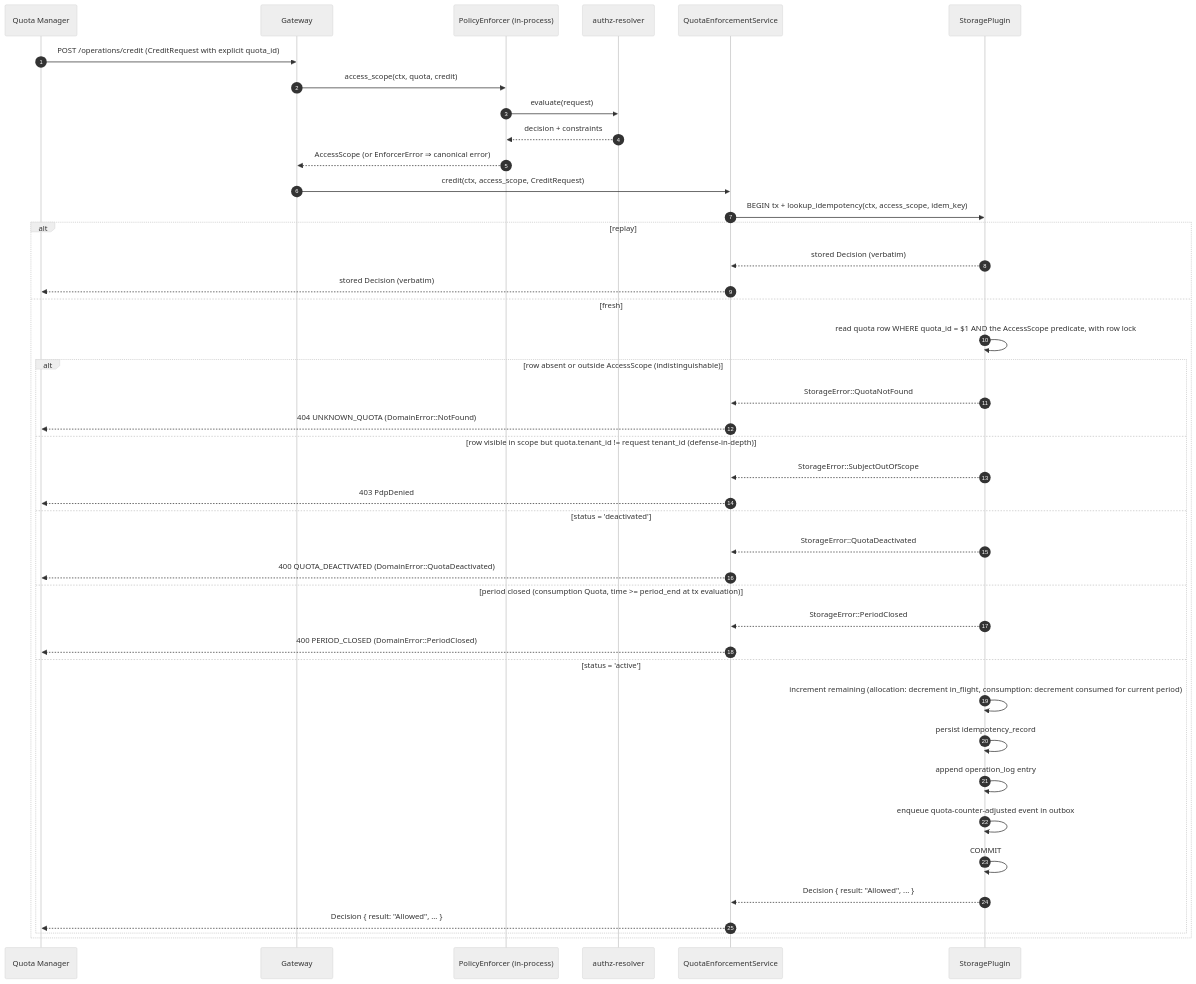
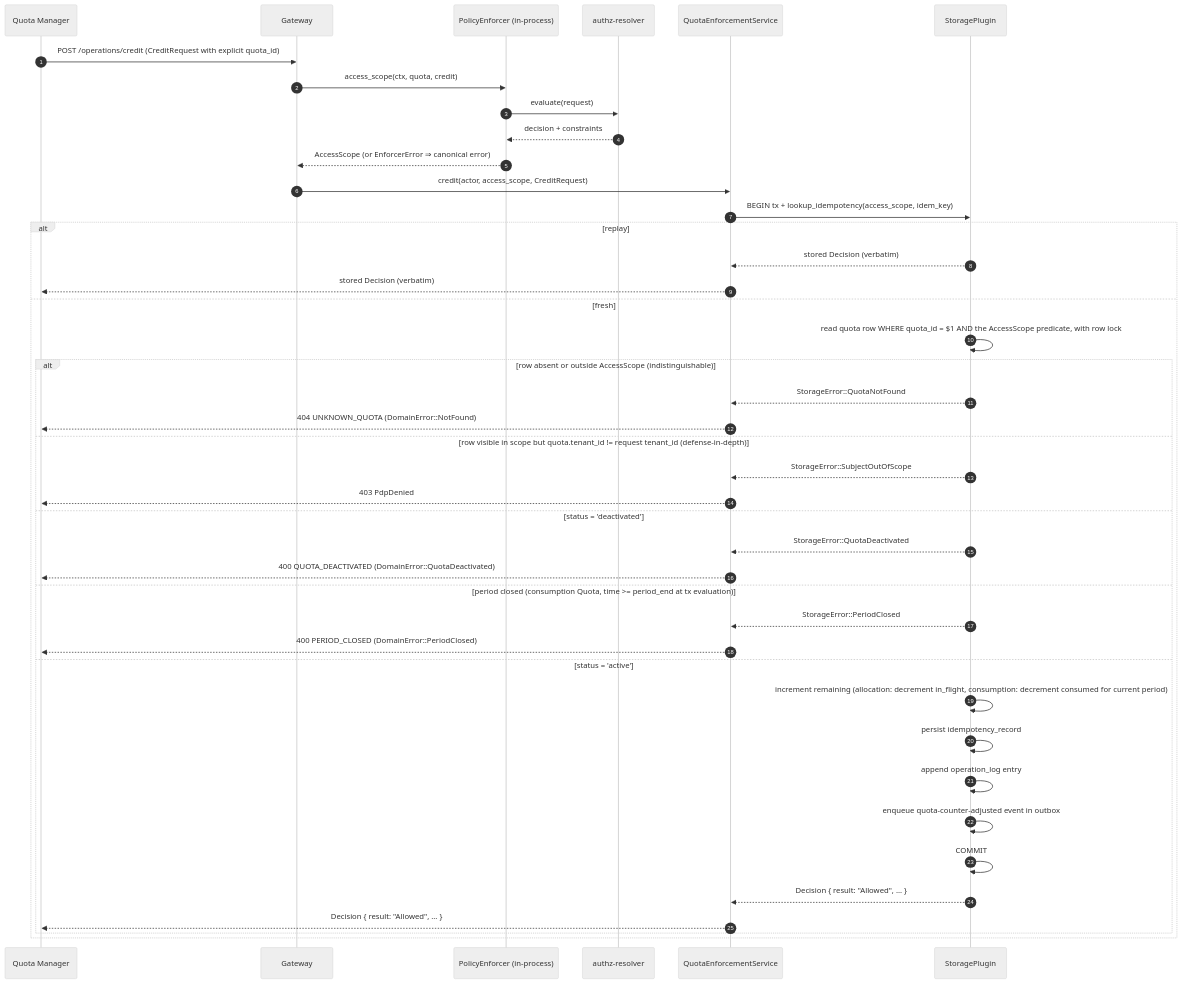
One commit to constructorfabric/gears-rust changed the fifth of 18 diagrams in gears/system/quota-enforcement/docs/DESIGN.md. Above: the diagram before and after it, drawn with Mermaid (neutral theme). The commit also changed other lines of this file and 48 other files, not shown here.

````diff
--- a/gears/system/quota-enforcement/docs/DESIGN.md
+++ b/gears/system/quota-enforcement/docs/DESIGN.md
@@ -1578,45 +1735,45 @@
 ```mermaid
 sequenceDiagram
     autonumber
     participant QM as Quota Manager
     participant GW as Gateway
     participant PEP as PolicyEnforcer (in-process)
     participant PDP as authz-resolver
     participant QES as QuotaEnforcementService
     participant SP as StoragePlugin
 
     QM ->> GW: POST /operations/credit (CreditRequest with explicit quota_id)
     GW ->> PEP: access_scope(ctx, quota, credit)
     PEP ->> PDP: evaluate(request)
     PDP -->> PEP: decision + constraints
     PEP -->> GW: AccessScope (or EnforcerError ⇒ canonical error)
-    GW ->> QES: credit(ctx, access_scope, CreditRequest)
-    QES ->> SP: BEGIN tx + lookup_idempotency(ctx, access_scope, idem_key)
+    GW ->> QES: credit(actor, access_scope, CreditRequest)
+    QES ->> SP: BEGIN tx + lookup_idempotency(access_scope, idem_key)
     alt replay
         SP -->> QES: stored Decision (verbatim)
         QES -->> QM: stored Decision (verbatim)
     else fresh
         SP ->> SP: read quota row WHERE quota_id = $1 AND the AccessScope predicate, with row lock
         alt row absent or outside AccessScope (indistinguishable)
             SP -->> QES: StorageError::QuotaNotFound
             QES -->> QM: 404 UNKNOWN_QUOTA (DomainError::NotFound)
         else row visible in scope but quota.tenant_id != request tenant_id (defense-in-depth)
             SP -->> QES: StorageError::SubjectOutOfScope
             QES -->> QM: 403 PdpDenied
         else status = 'deactivated'
             SP -->> QES: StorageError::QuotaDeactivated
             QES -->> QM: 400 QUOTA_DEACTIVATED (DomainError::QuotaDeactivated)
         else period closed (consumption Quota, time >= period_end at tx evaluation)
             SP -->> QES: StorageError::PeriodClosed
             QES -->> QM: 400 PERIOD_CLOSED (DomainError::PeriodClosed)
         else status = 'active'
             SP ->> SP: increment remaining (allocation: decrement in_flight, consumption: decrement consumed for current period)
             SP ->> SP: persist idempotency_record
             SP ->> SP: append operation_log entry
             SP ->> SP: enqueue quota-counter-adjusted event in outbox
             SP ->> SP: COMMIT
             SP -->> QES: Decision { result: "Allowed", ... }
             QES -->> QM: Decision { result: "Allowed", ... }
         end
     end
 ```
````
